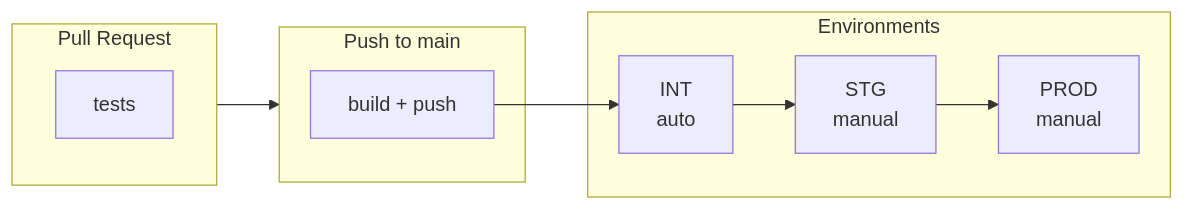
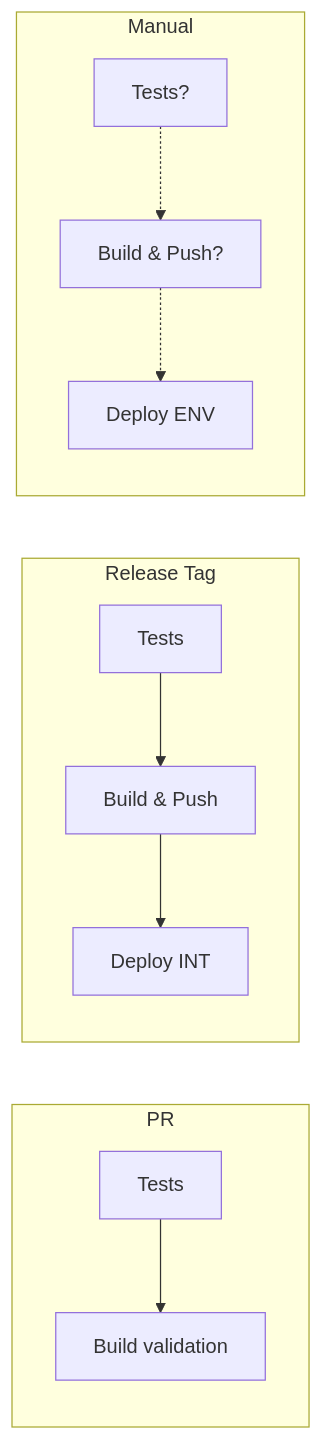
One commit to ids-aws/ids-workflows changed the second of 3 diagrams in README.md. Above: the diagram before and after it, drawn with Mermaid. The commit also changed other lines of this file and 1 other file, not shown here.

````diff
--- a/README.md
+++ b/README.md
@@ -7,21 +42,23 @@
 ```mermaid
 flowchart LR
-    subgraph PR["Pull Request"]
-        CI[tests]
+    subgraph "PR"
+        PR_TESTS[Tests]
+        PR_BUILD[Build validation]
     end
 
-    subgraph Main["Push to main"]
-        BUILD[build + push]
+    subgraph "Release Tag"
+        REL_TESTS[Tests]
+        REL_BUILD[Build & Push]
+        REL_DEPLOY[Deploy INT]
     end
 
-    subgraph Environments
-        INT[INT<br/>auto]
-        STG[STG<br/>manual]
-        PROD[PROD<br/>manual]
+    subgraph "Manual"
+        MAN_TESTS[Tests?]
+        MAN_BUILD[Build & Push?]
+        MAN_DEPLOY[Deploy ENV]
     end
 
-    PR --> Main
-    BUILD --> INT
-    INT --> STG
-    STG --> PROD
+    PR_TESTS --> PR_BUILD
+    REL_TESTS --> REL_BUILD --> REL_DEPLOY
+    MAN_TESTS -.-> MAN_BUILD -.-> MAN_DEPLOY
 ```
````
